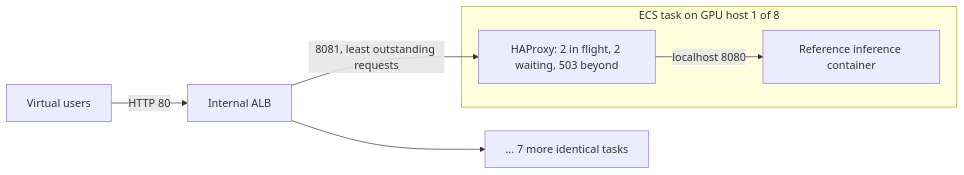
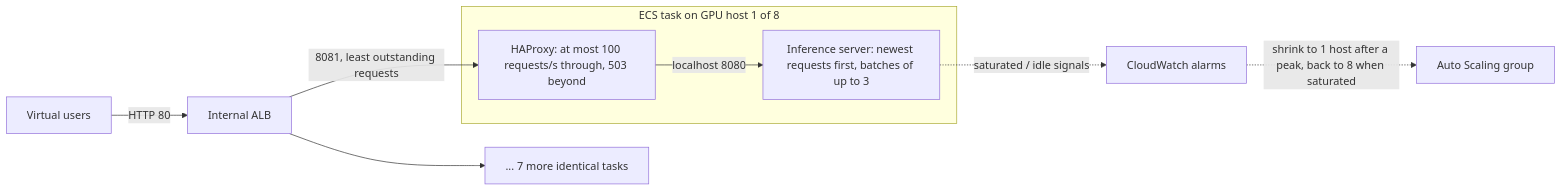
Before and after one commit to rayansekkatkr/MGsolutionsTest: the diagram in README.md, drawn with Mermaid. The commit also changed other lines of this file, not shown here.

````diff
--- a/README.md
+++ b/README.md
@@ -52,9 +57,11 @@
 ```mermaid
 flowchart LR
     C[Virtual users] -->|HTTP 80| ALB[Internal ALB]
     ALB -->|8081, least outstanding requests| P1
     subgraph T1[ECS task on GPU host 1 of 8]
-        P1[HAProxy: 2 in flight, 2 waiting, 503 beyond] -->|localhost 8080| M1[Reference inference container]
+        P1[HAProxy: at most 100 requests/s through, 503 beyond] -->|localhost 8080| M1[Inference server: newest requests first, batches of up to 3]
     end
     ALB --> TN[... 7 more identical tasks]
+    M1 -.->|saturated / idle signals| CW[CloudWatch alarms]
+    CW -.->|shrink to 1 host after a peak, back to 8 when saturated| ASG[Auto Scaling group]
 ```
````
